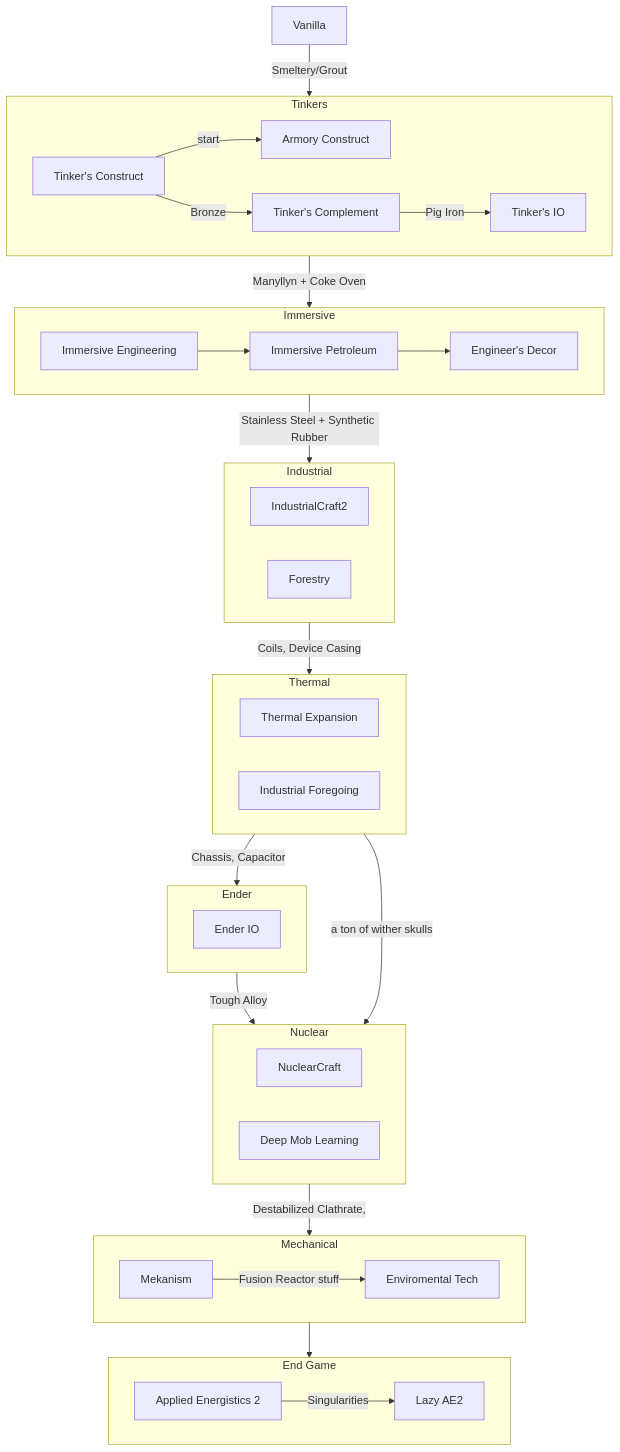
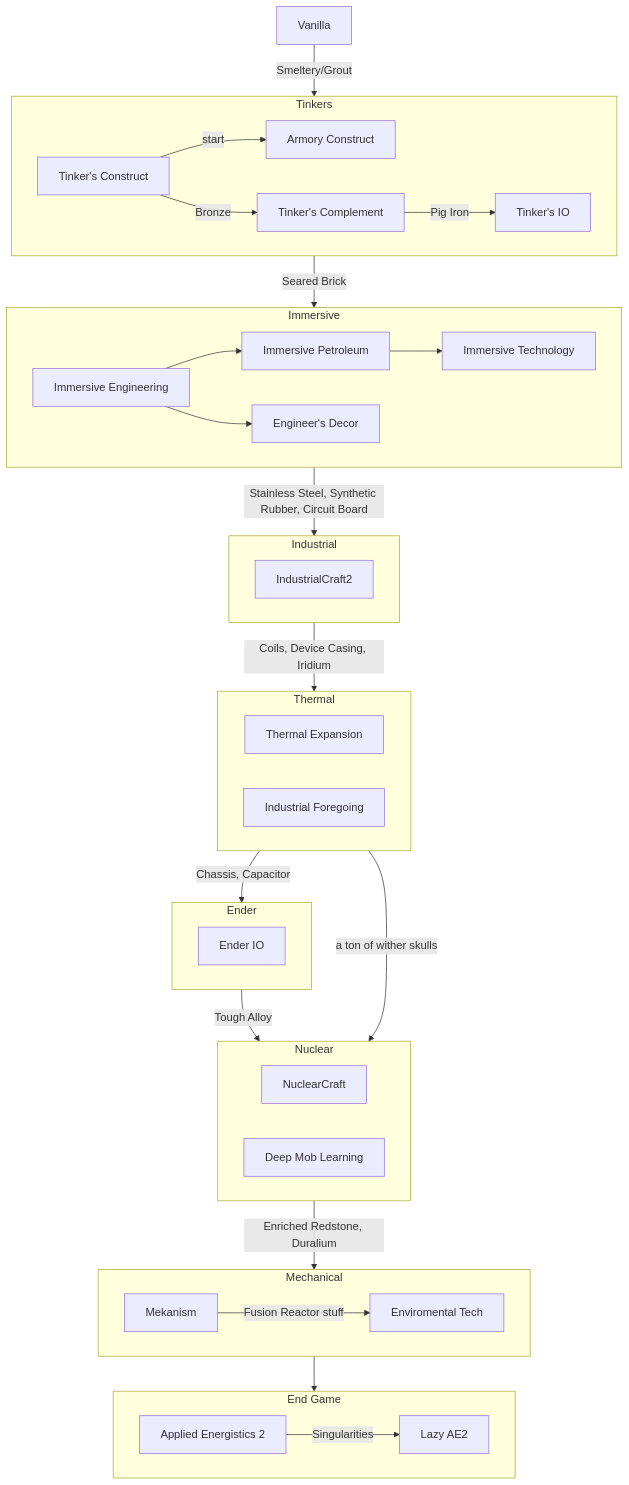
One commit to bigyihsuan/progression-pack changed the diagram in docs/mod-progression.md. Above: the diagram before and after it, drawn with Mermaid. The commit also changed 108 other files, not shown here.

````diff
--- a/docs/mod-progression.md
+++ b/docs/mod-progression.md
@@ -3,64 +3,65 @@
 ```mermaid
 flowchart TB
 VAN[Vanilla]
 subgraph TICS [Tinkers]
 direction LR
 TC[Tinker's Construct]
 AC[Armory Construct]
 TIO[Tinker's IO]
 TCM[Tinker's Complement]
 end
 subgraph IMMR [Immersive]
 direction LR
 IE[Immersive Engineering]
 IP[Immersive Petroleum]
+IT[Immersive Technology]
 ED[Engineer's Decor]
 end
 subgraph INDS [Industrial]
 direction LR
 IC2[IndustrialCraft2]
-FOR[Forestry]
 end
 subgraph COFH [Thermal]
 direction LR
 TE[Thermal Expansion]
 IF[Industrial Foregoing]
 end
 subgraph ENDR [Ender]
 direction LR
 EIO[Ender IO]
 end
 subgraph NUCC [Nuclear]
 direction LR
 NUC[NuclearCraft]
 DML[Deep Mob Learning]
 end
 subgraph MECH [Mechanical]
 direction LR
 MEK[Mekanism]
 ENV[Enviromental Tech]
 end
 subgraph END [End Game]
 direction LR
 AE2[Applied Energistics 2]
 LAE[Lazy AE2]
 end
 
 VAN -- Smeltery/Grout --> TICS
-TICS -- Manyllyn + Coke Oven --> IMMR
+TICS -- Seared Brick --> IMMR
 TC -- start --> AC
-IE --> IP --> ED
-IMMR -- Stainless Steel + Synthetic Rubber --> INDS
-INDS -- Coils, Device Casing --> COFH
+IE --> IP --> IT
+IE --> ED
+IMMR -- Stainless Steel, Synthetic Rubber, Circuit Board --> INDS
+INDS -- Coils, Device Casing, Iridium --> COFH
 COFH -- Chassis, Capacitor --> ENDR
 ENDR -- Tough Alloy --> NUCC
-NUCC -- Destabilized Clathrate,  --> MECH
+NUCC -- Enriched Redstone, Duralium --> MECH
 MECH --> END
 
 %% sidegrades
 TC -- Bronze --> TCM
 TCM -- Pig Iron --> TIO
 MEK --Fusion Reactor stuff--> ENV
 IF -- a ton of wither skulls --> DML
 AE2 --Singularities-->LAE
 ```
````
